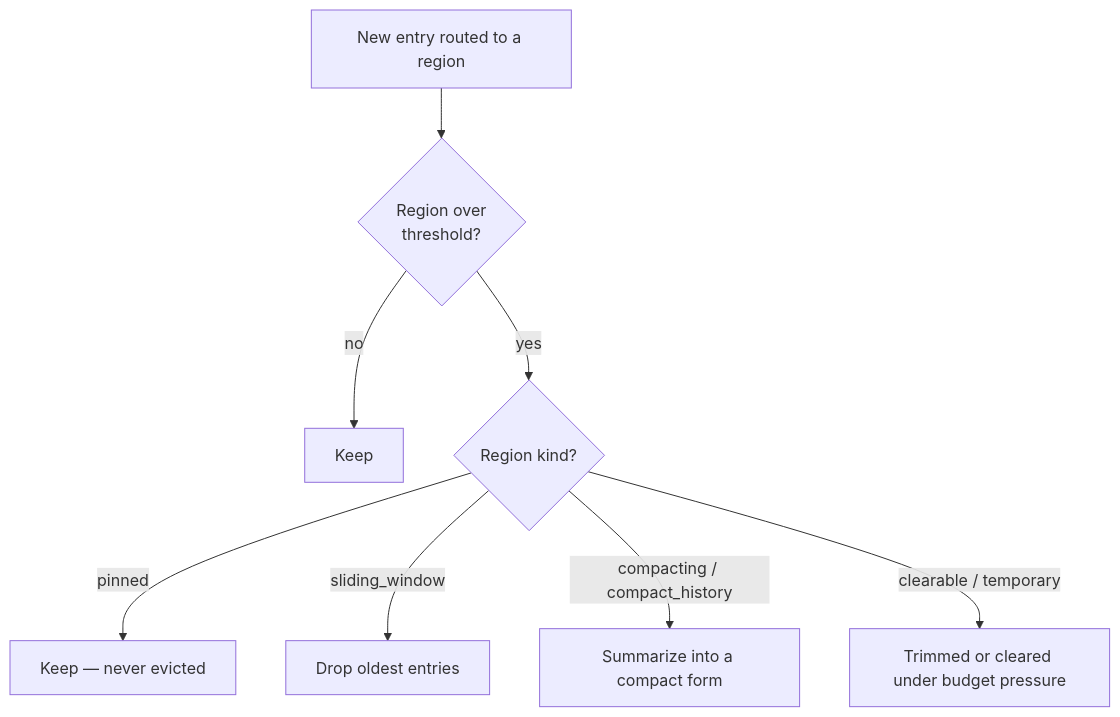
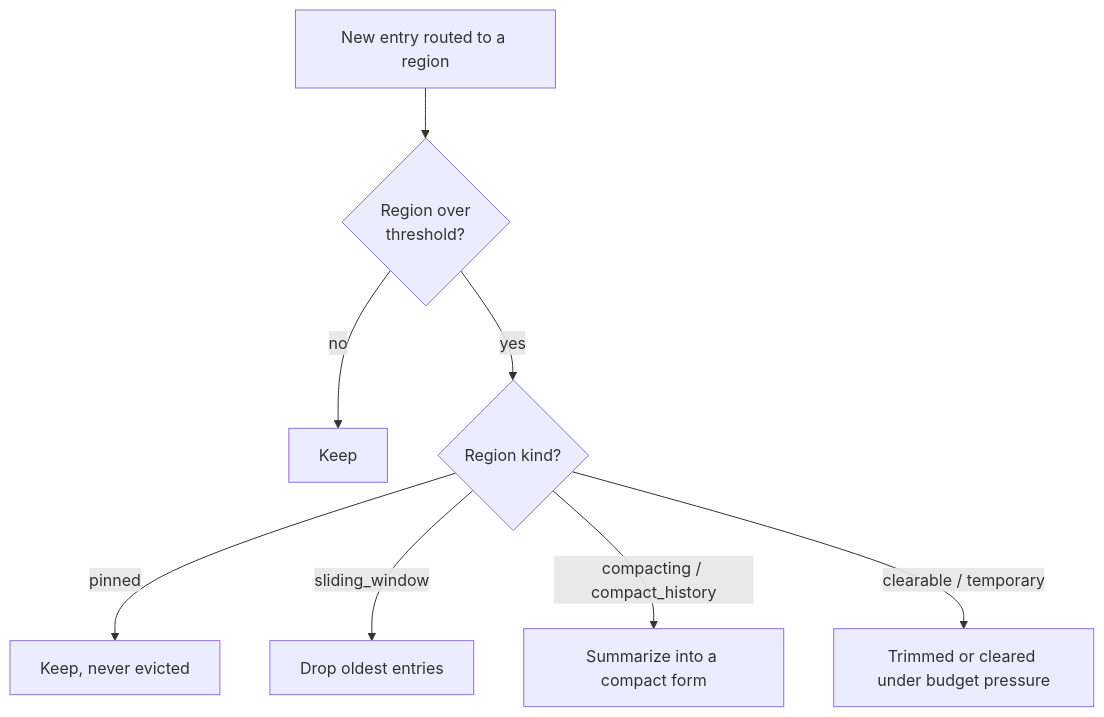
One commit to GEMISIS/leviath changed the diagram in docs/content/context.md. Above: the diagram before and after it, drawn with Mermaid. The commit also changed other lines of this file and 19 other files, not shown here.

````diff
--- a/docs/content/context.md
+++ b/docs/content/context.md
@@ -43,10 +43,10 @@
 ```mermaid
 flowchart TD
   W["New entry routed to a region"] --> C{"Region over<br/>threshold?"}
   C -->|no| K["Keep"]
   C -->|yes| T{"Region kind?"}
-  T -->|pinned| K2["Keep — never evicted"]
+  T -->|pinned| K2["Keep, never evicted"]
   T -->|sliding_window| D["Drop oldest entries"]
   T -->|compacting / compact_history| S["Summarize into a compact form"]
   T -->|clearable / temporary| CL["Trimmed or cleared under budget pressure"]
 ```
````
